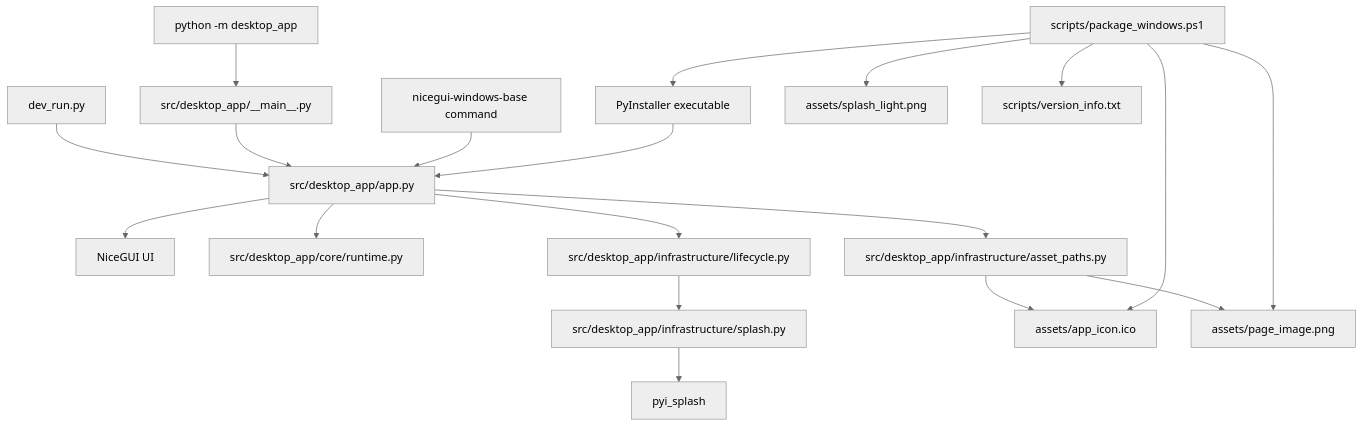
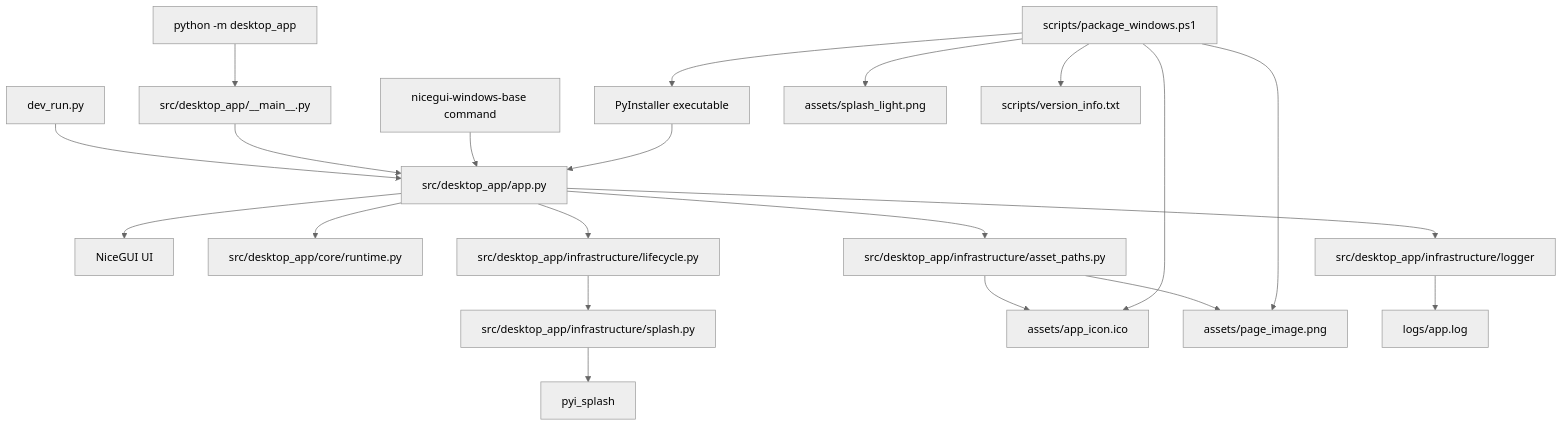
Before and after one commit to Fonze81/NiceGui-Windows-Base: the diagram in docs/README.md, drawn with Mermaid (neutral theme). The commit also changed other lines of this file and 7 other files, not shown here.

````diff
--- a/docs/README.md
+++ b/docs/README.md
@@ -42,24 +43,26 @@
 ```mermaid
 flowchart TD
     A[dev_run.py] --> B[src/desktop_app/app.py]
     C[python -m desktop_app] --> D[src/desktop_app/__main__.py]
     D --> B
     E[nicegui-windows-base command] --> B
     F[PyInstaller executable] --> B
 
     B --> G[NiceGUI UI]
     B --> H[src/desktop_app/core/runtime.py]
     B --> I[src/desktop_app/infrastructure/asset_paths.py]
     B --> J[src/desktop_app/infrastructure/lifecycle.py]
+    B --> R[src/desktop_app/infrastructure/logger]
     J --> K[src/desktop_app/infrastructure/splash.py]
 
     I --> L[assets/app_icon.ico]
     I --> M[assets/page_image.png]
     K --> N[pyi_splash]
+    R --> S[logs/app.log]
 
     O[scripts/package_windows.ps1] --> F
     O --> L
     O --> M
     O --> P[assets/splash_light.png]
     O --> Q[scripts/version_info.txt]
 ```
````
